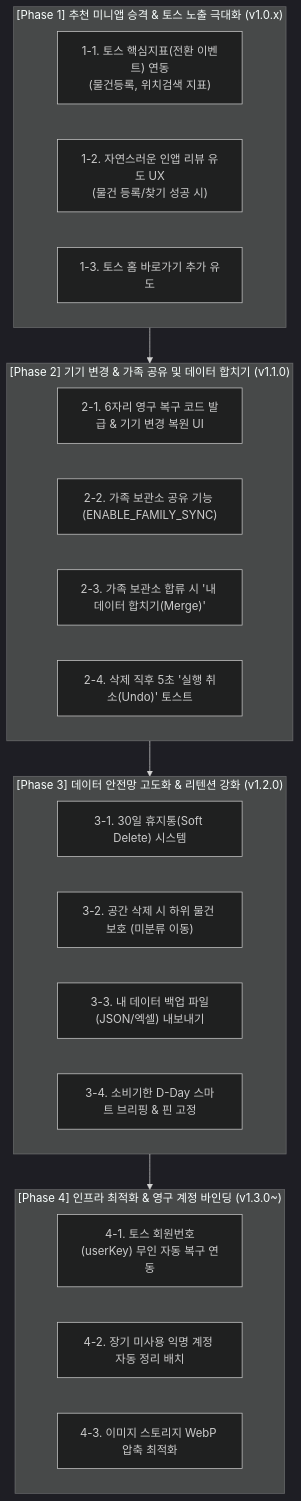
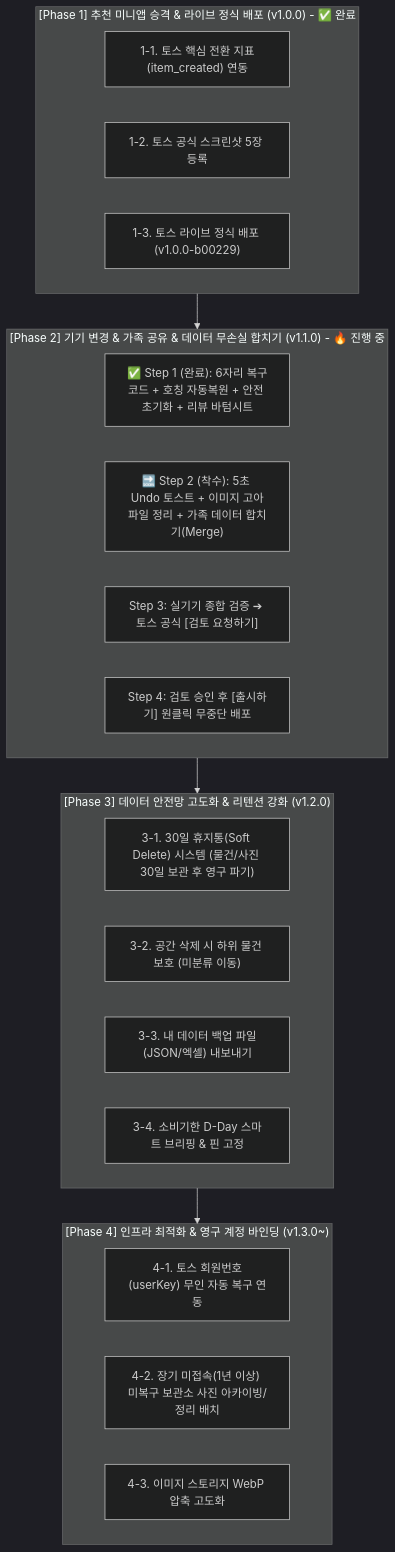
One commit to tauriqon/where-is-it changed the third of 3 diagrams in docs/roadmap_and_summary.md. Above: the diagram before and after it, drawn with Mermaid (dark theme). The commit also changed other lines of this file, not shown here.

Commit message:
docs: update roadmap and data retention policy (v1.1.0-b00234)

````diff
--- a/docs/roadmap_and_summary.md
+++ b/docs/roadmap_and_summary.md
@@ -80,32 +91,32 @@
 ```mermaid
 flowchart TD
-    subgraph Phase1["[Phase 1] 추천 미니앱 승격 & 토스 노출 극대화 (v1.0.x)"]
-        P1_1["1-1. 토스 핵심지표(전환 이벤트) 연동\n(물건등록, 위치검색 지표)"]
-        P1_2["1-2. 자연스러운 인앱 리뷰 유도 UX\n(물건 등록/찾기 성공 시)"]
-        P1_3["1-3. 토스 홈 바로가기 추가 유도"]
+    subgraph Phase1["[Phase 1] 추천 미니앱 승격 & 라이브 정식 배포 (v1.0.0) - ✅ 완료"]
+        P1_1["1-1. 토스 핵심 전환 지표(item_created) 연동"]
+        P1_2["1-2. 토스 공식 스크린샷 5장 등록"]
+        P1_3["1-3. 토스 라이브 정식 배포 (v1.0.0-b00229)"]
     end
 
-    subgraph Phase2["[Phase 2] 기기 변경 & 가족 공유 및 데이터 합치기 (v1.1.0)"]
-        P2_1["2-1. 6자리 영구 복구 코드 발급 & 기기 변경 복원 UI"]
-        P2_2["2-2. 가족 보관소 공유 기능 (ENABLE_FAMILY_SYNC)"]
-        P2_3["2-3. 가족 보관소 합류 시 '내 데이터 합치기(Merge)'"]
-        P2_4["2-4. 삭제 직후 5초 '실행 취소(Undo)' 토스트"]
+    subgraph Phase2["[Phase 2] 기기 변경 & 가족 공유 & 데이터 무손실 합치기 (v1.1.0) - 🔥 진행 중"]
+        P2_Step1["✅ Step 1 (완료): 6자리 복구코드 + 호칭 자동복원 + 안전 초기화 + 리뷰 바텀시트"]
+        P2_Step2["🔜 Step 2 (착수): 5초 Undo 토스트 + 이미지 고아파일 정리 + 가족 데이터 합치기(Merge)"]
+        P2_Step3["Step 3: 실기기 종합 검증 ➔ 토스 공식 [검토 요청하기]"]
+        P2_Step4["Step 4: 검토 승인 후 [출시하기] 원클릭 무중단 배포"]
     end
 
     subgraph Phase3["[Phase 3] 데이터 안전망 고도화 & 리텐션 강화 (v1.2.0)"]
-        P3_1["3-1. 30일 휴지통(Soft Delete) 시스템"]
+        P3_1["3-1. 30일 휴지통(Soft Delete) 시스템 (물건/사진 30일 보관 후 영구 파기)"]
         P3_2["3-2. 공간 삭제 시 하위 물건 보호 (미분류 이동)"]
         P3_3["3-3. 내 데이터 백업 파일(JSON/엑셀) 내보내기"]
         P3_4["3-4. 소비기한 D-Day 스마트 브리핑 & 핀 고정"]
     end
 
     subgraph Phase4["[Phase 4] 인프라 최적화 & 영구 계정 바인딩 (v1.3.0~)"]
         P4_1["4-1. 토스 회원번호(userKey) 무인 자동 복구 연동"]
-        P4_2["4-2. 장기 미사용 익명 계정 자동 정리 배치"]
-        P4_3["4-3. 이미지 스토리지 WebP 압축 최적화"]
+        P4_2["4-2. 장기 미접속(1년 이상) 미복구 보관소 사진 아카이빙/정리 배치"]
+        P4_3["4-3. 이미지 스토리지 WebP 압축 고도화"]
     end
 
     Phase1 --> Phase2
     Phase2 --> Phase3
     Phase3 --> Phase4
 ```
````
